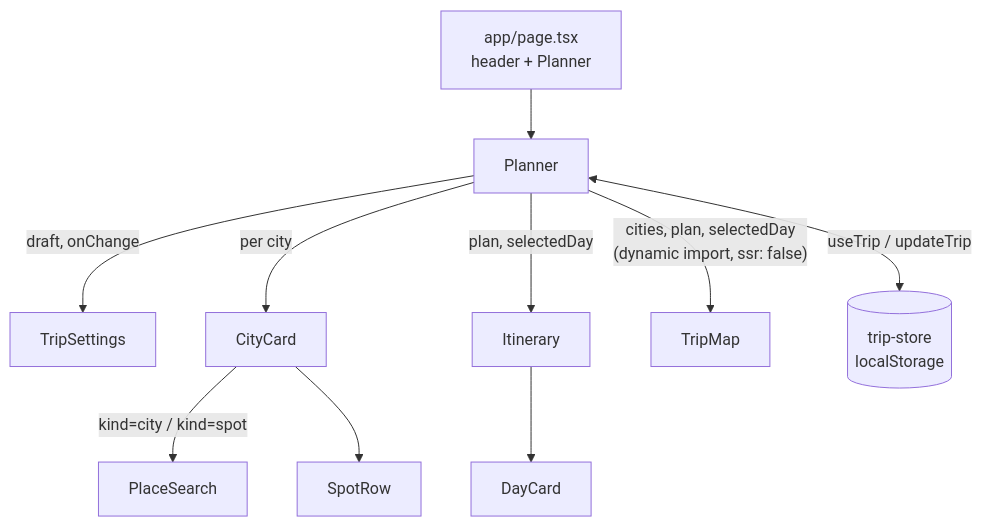
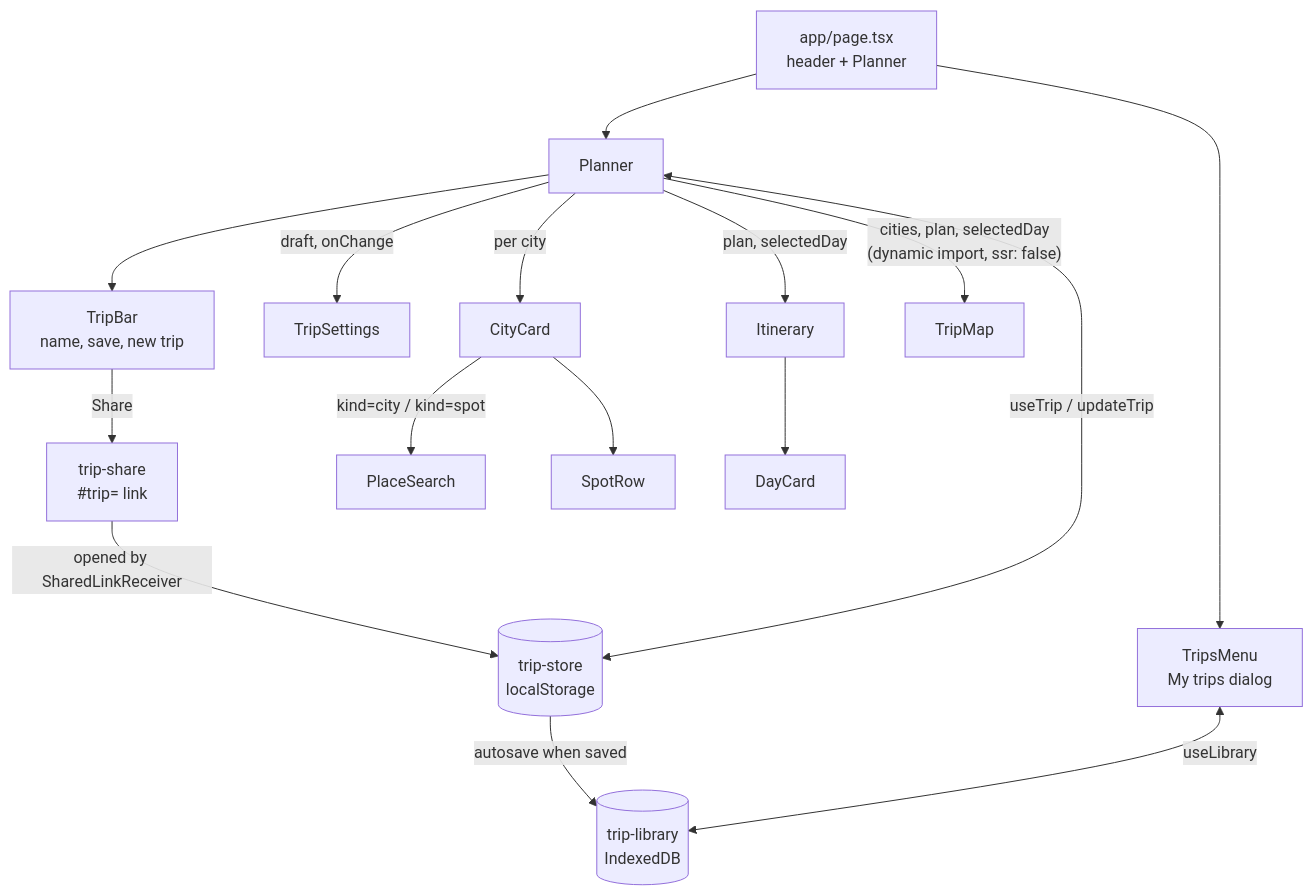
Before and after one commit to PranjalAgni/travel-planner: the fifth of 7 diagrams in README.md, drawn with Mermaid. The commit also changed other lines of this file and 22 other files, not shown here.

First line of the commit message:
feat(web): save trips to My trips and share them as links

````diff
--- a/README.md
+++ b/README.md
@@ -395,12 +415,18 @@
 ```mermaid
 flowchart TD
     Page["app/page.tsx<br/>header + Planner"] --> Planner
+    Page --> TripsMenu["TripsMenu<br/>My trips dialog"]
+    Planner --> TripBar["TripBar<br/>name, save, new trip"]
     Planner -->|"draft, onChange"| TripSettings
     Planner -->|"per city"| CityCard
     CityCard -->|"kind=city / kind=spot"| PlaceSearch
     CityCard --> SpotRow
     Planner -->|"plan, selectedDay"| Itinerary
     Itinerary --> DayCard
     Planner -->|"cities, plan, selectedDay<br/>(dynamic import, ssr: false)"| TripMap
     Planner <-->|"useTrip / updateTrip"| Store[("trip-store<br/>localStorage")]
+    TripsMenu <-->|"useLibrary"| Library[("trip-library<br/>IndexedDB")]
+    Store -->|"autosave when saved"| Library
+    TripBar -->|"Share"| ShareLib["trip-share<br/>#trip= link"]
+    ShareLib -->|"opened by SharedLinkReceiver"| Store
 ```
````
